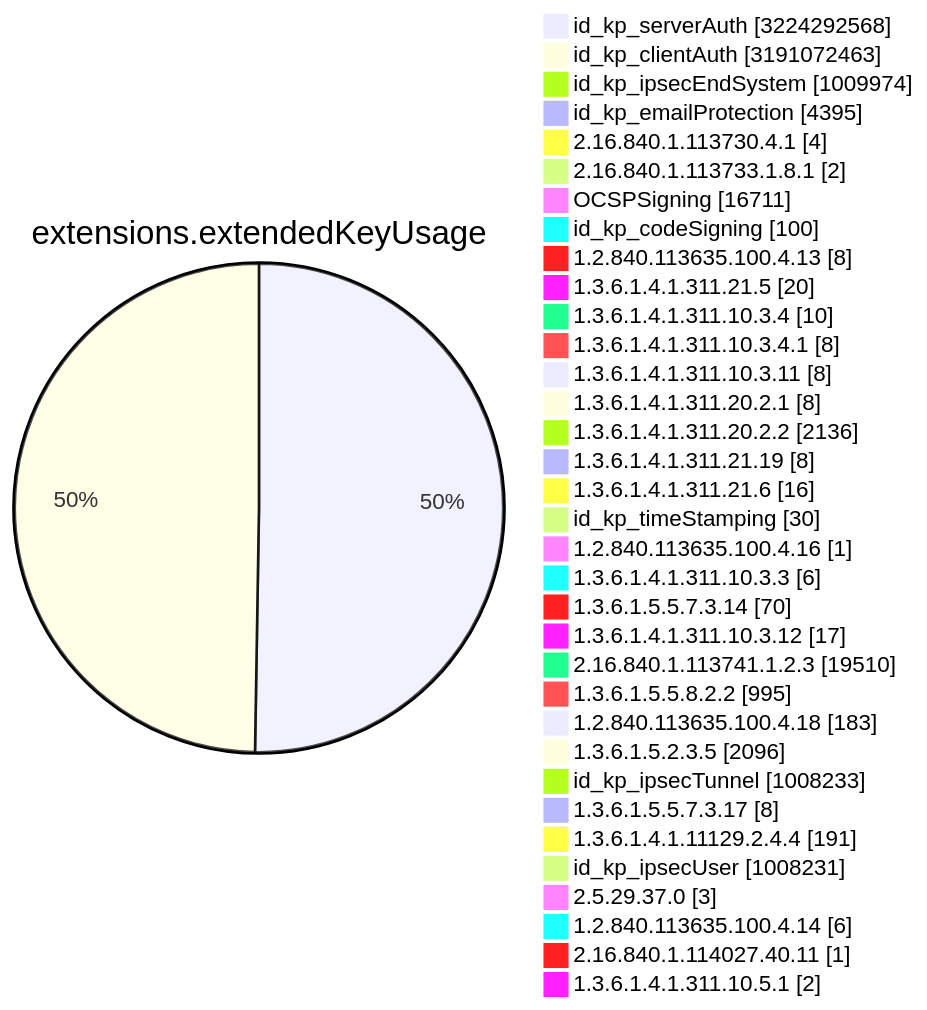
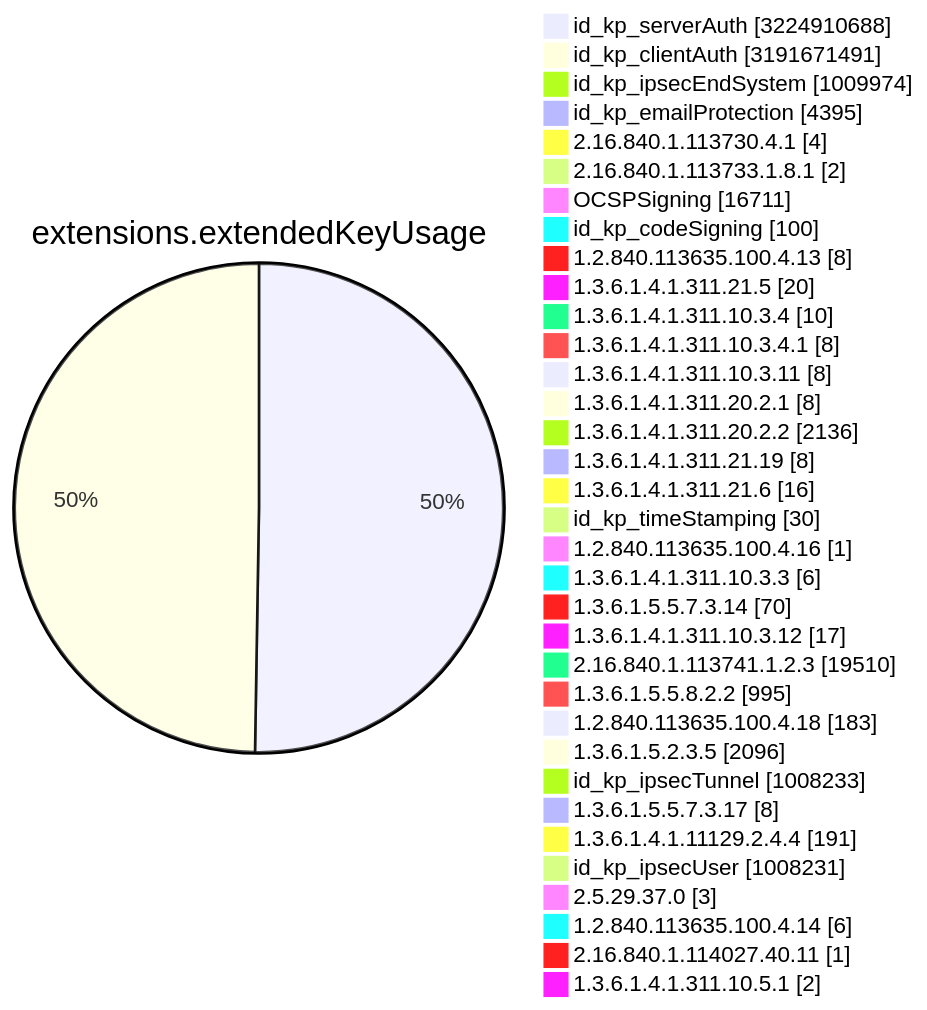
One commit to christiankrug/ctmonitor_visualization changed diagram 11 of 15 in TOTAL/README.md. Above: the diagram before and after it, drawn with Mermaid. The commit also changed other lines of this file, not shown here.

````diff
--- a/TOTAL/README.md
+++ b/TOTAL/README.md
@@ -4119,38 +4119,38 @@
 ```mermaid
 pie showData
 title extensions.extendedKeyUsage
-"id_kp_serverAuth" :3224292568
-"id_kp_clientAuth" :3191072463
+"id_kp_serverAuth" :3224910688
+"id_kp_clientAuth" :3191671491
 "id_kp_ipsecEndSystem" :1009974
 "id_kp_emailProtection" :4395
 "2.16.840.1.113730.4.1" :4
 "2.16.840.1.113733.1.8.1" :2
 "OCSPSigning" :16711
 "id_kp_codeSigning" :100
 "1.2.840.113635.100.4.13" :8
 "1.3.6.1.4.1.311.21.5" :20
 "1.3.6.1.4.1.311.10.3.4" :10
 "1.3.6.1.4.1.311.10.3.4.1" :8
 "1.3.6.1.4.1.311.10.3.11" :8
 "1.3.6.1.4.1.311.20.2.1" :8
 "1.3.6.1.4.1.311.20.2.2" :2136
 "1.3.6.1.4.1.311.21.19" :8
 "1.3.6.1.4.1.311.21.6" :16
 "id_kp_timeStamping" :30
 "1.2.840.113635.100.4.16" :1
 "1.3.6.1.4.1.311.10.3.3" :6
 "1.3.6.1.5.5.7.3.14" :70
 "1.3.6.1.4.1.311.10.3.12" :17
 "2.16.840.1.113741.1.2.3" :19510
 "1.3.6.1.5.5.8.2.2" :995
 "1.2.840.113635.100.4.18" :183
 "1.3.6.1.5.2.3.5" :2096
 "id_kp_ipsecTunnel" :1008233
 "1.3.6.1.5.5.7.3.17" :8
 "1.3.6.1.4.1.11129.2.4.4" :191
 "id_kp_ipsecUser" :1008231
 "2.5.29.37.0" :3
 "1.2.840.113635.100.4.14" :6
 "2.16.840.1.114027.40.11" :1
 "1.3.6.1.4.1.311.10.5.1" :2
 ```
````
